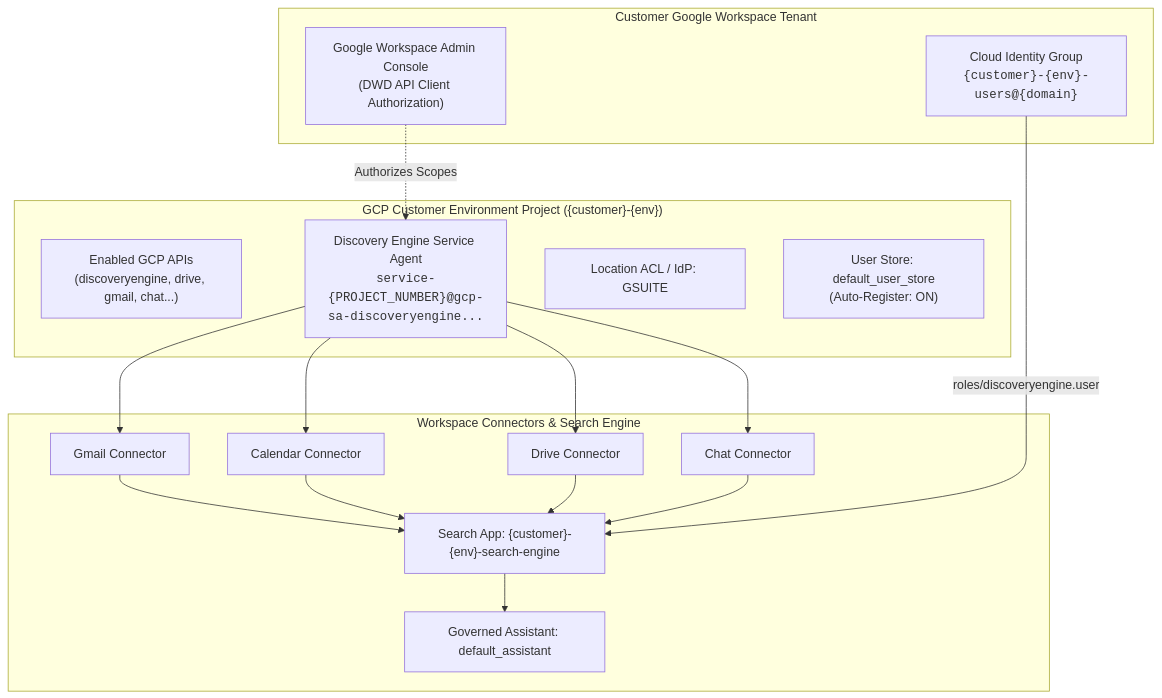
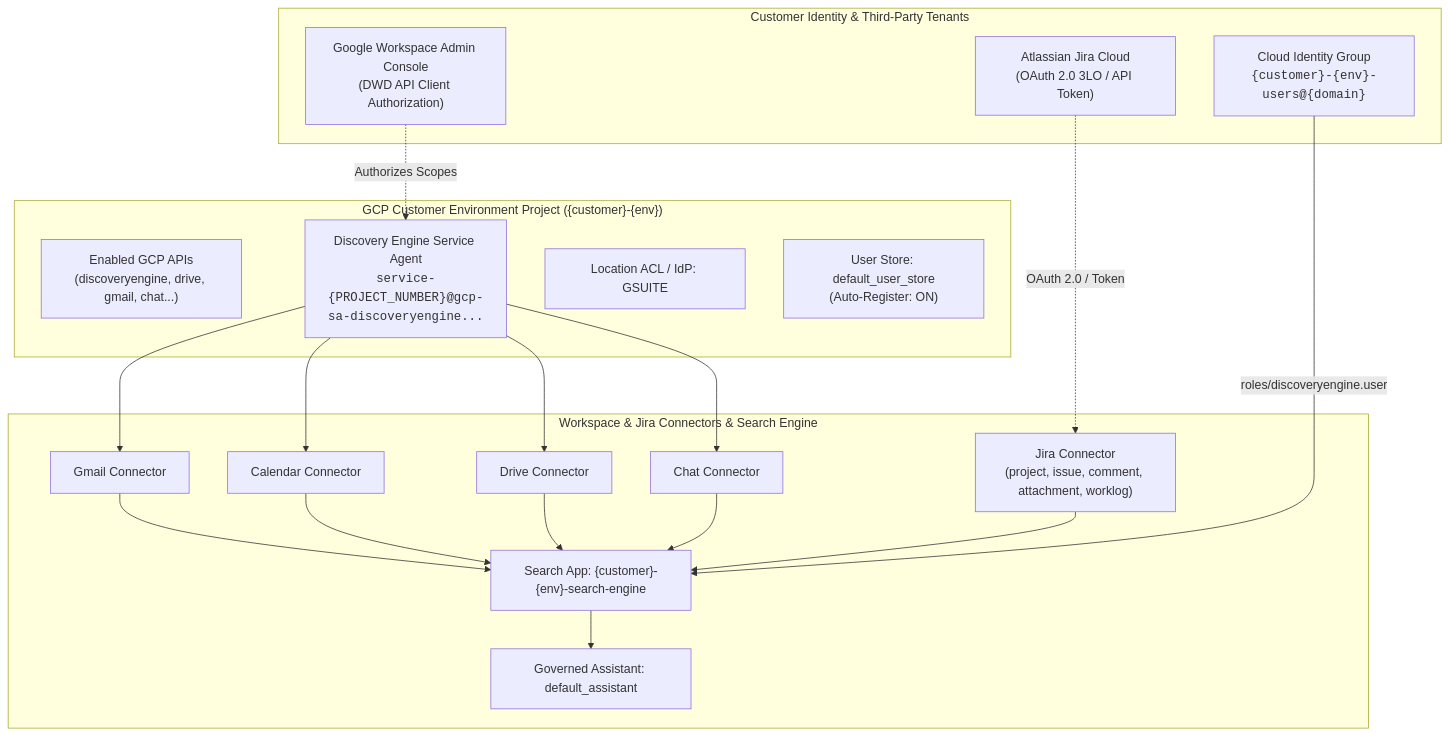
Before and after one commit to pedroccorreia/ge-provisioning: the first of 2 diagrams in README.md, drawn with Mermaid. The commit also changed other lines of this file and 10 other files, not shown here.

````diff
--- a/README.md
+++ b/README.md
@@ -19,29 +20,33 @@
 ```mermaid
 flowchart TD
-  subgraph Customer["Customer Google Workspace Tenant"]
+  subgraph Customer["Customer Identity & Third-Party Tenants"]
     WSGroup["Cloud Identity Group<br/><code>{customer}-{env}-users@{domain}</code>"]
     WSAdmin["Google Workspace Admin Console<br/>(DWD API Client Authorization)"]
+    JiraTenant["Atlassian Jira Cloud<br/>(OAuth 2.0 3LO / API Token)"]
   end
 
   subgraph GCPFoundation["GCP Customer Environment Project ({customer}-{env})"]
     PService["Enabled GCP APIs<br/>(discoveryengine, drive, gmail, chat...)"]
     SAgent["Discovery Engine Service Agent<br/><code>service-{PROJECT_NUMBER}@gcp-sa-discoveryengine...</code>"]
     IdP["Location ACL / IdP: GSUITE"]
     UStore["User Store: default_user_store<br/>(Auto-Register: ON)"]
   end
 
-  subgraph ConnectorsAndEngine["Workspace Connectors & Search Engine"]
+  subgraph ConnectorsAndEngine["Workspace & Jira Connectors & Search Engine"]
     Conn1["Gmail Connector"]
     Conn2["Calendar Connector"]
     Conn3["Drive Connector"]
     Conn4["Chat Connector"]
+    ConnJira["Jira Connector<br/>(project, issue, comment, attachment, worklog)"]
     Engine["Search App: {customer}-{env}-search-engine"]
     Assist["Governed Assistant: default_assistant"]
   end
 
   WSAdmin -.->|Authorizes Scopes| SAgent
+  JiraTenant -.->|OAuth 2.0 / Token| ConnJira
   SAgent --> Conn1 & Conn2 & Conn3 & Conn4
   Conn1 & Conn2 & Conn3 & Conn4 --> Engine
+  ConnJira --> Engine
   Engine --> Assist
   WSGroup -->|roles/discoveryengine.user| Engine
 ```
````
